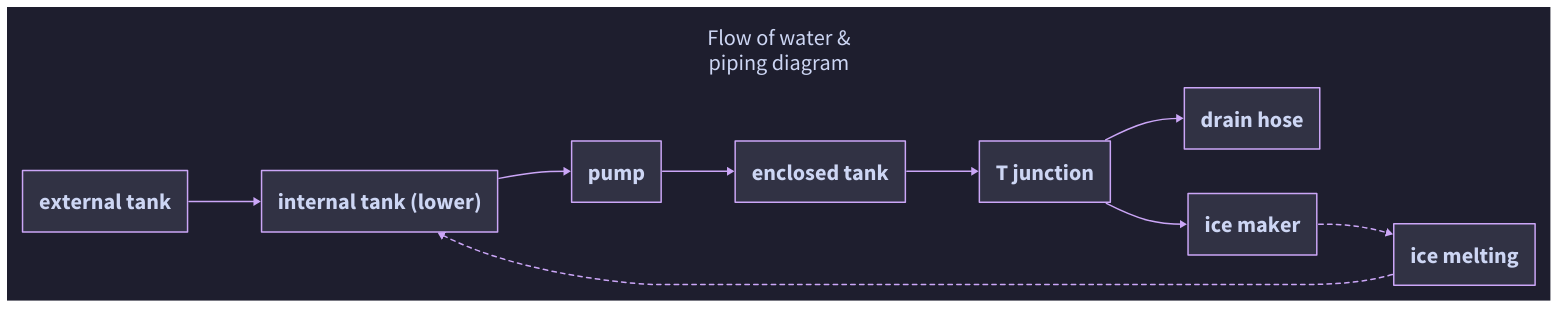
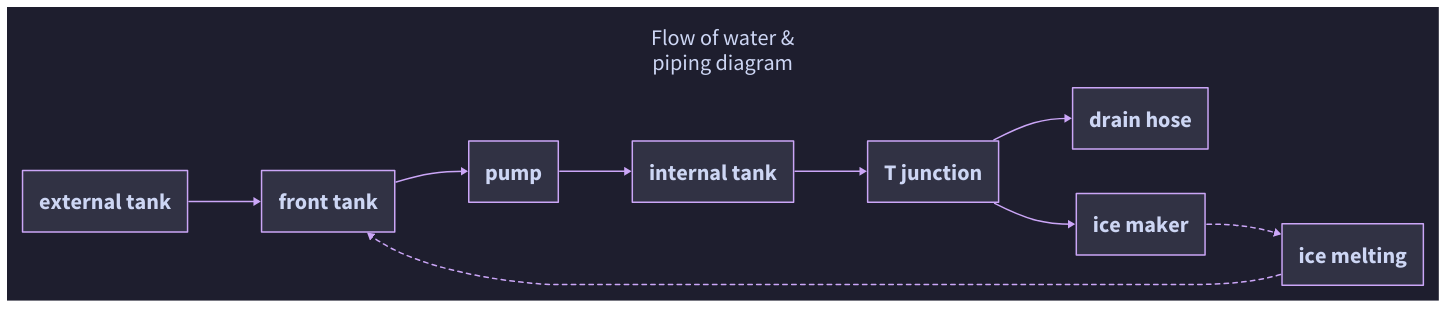
The diagram in pipes.d2 (SomeAspy/GE-Opal-2-fixes), drawn with D2 before and after one commit. The commit also changed 4 other files, not shown here.

```diff
--- a/pipes.d2
+++ b/pipes.d2
@@ -1,32 +1,32 @@
 vars: {
   d2-config: {
     theme-id: 200
   }
 }
 direction: right
 title: Flow of water &\npiping diagram {
   shape: text
   near: top-center
   style: {
     font-size: 55
   }
 }
 
 * {
   style: {
     font-size: 30
   }
 }
 
-external tank -> internal tank (lower)
-internal tank (lower) -> pump
-pump -> enclosed tank
-enclosed tank -> T junction
+external tank -> front tank
+front tank -> pump
+pump -> internal tank
+internal tank -> T junction
 T junction -> drain hose
 T junction -> ice maker
 
-ice maker -> ice melting -> internal tank (lower) {
+ice maker -> ice melting -> front tank {
   style: {
     stroke-dash: 3
   }
 }
```
